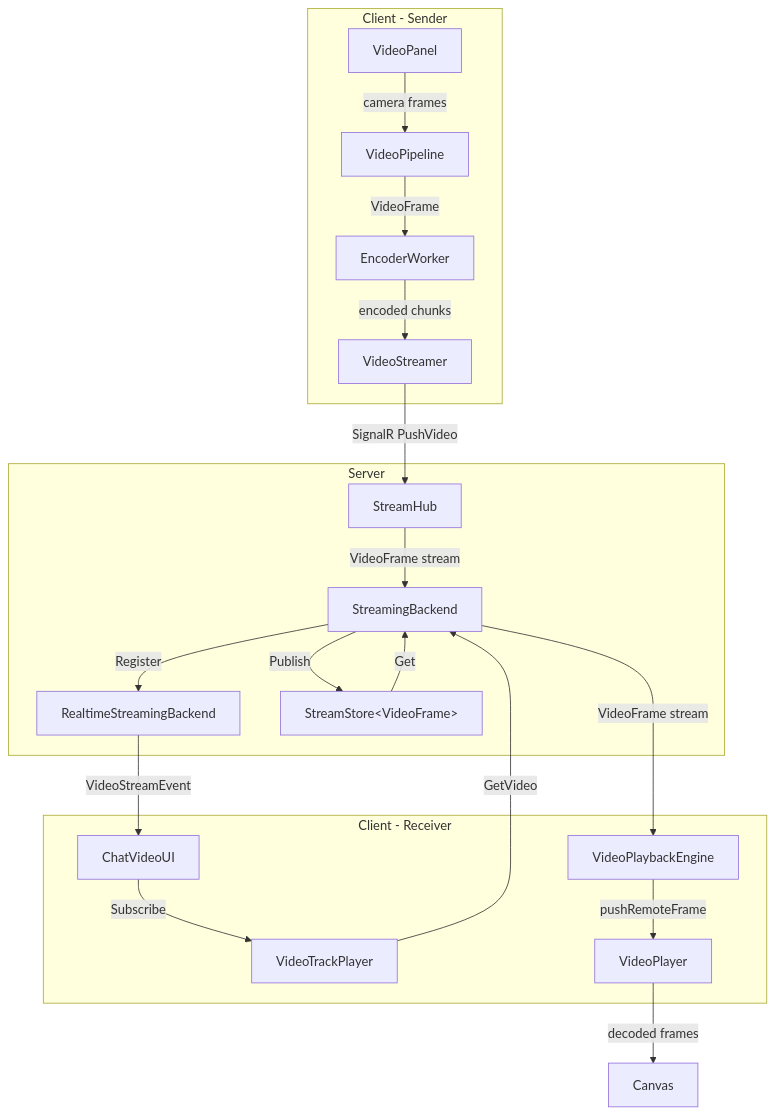
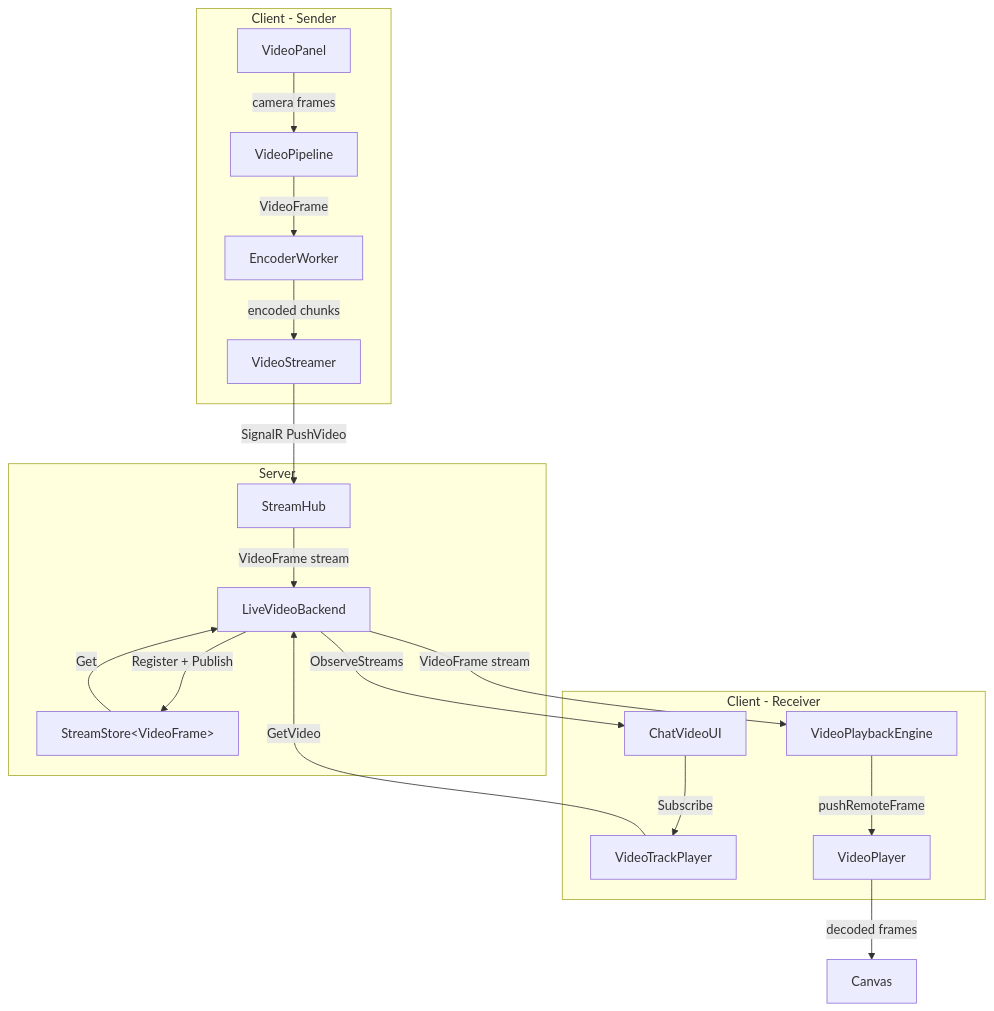
One commit to Actual-Chat/actual-chat changed the first of 2 diagrams in docs/plans/video-streaming-plan.md. Above: the diagram before and after it, drawn with Mermaid. The commit also changed other lines of this file and 27 other files, not shown here.

Commit message:
chore: refactor video streaming backand to match live audio approach

````diff
--- a/docs/plans/video-streaming-plan.md
+++ b/docs/plans/video-streaming-plan.md
@@ -35,38 +33,36 @@
 ```mermaid
 flowchart TB
     subgraph Client_Sender[Client - Sender]
         VP[VideoPanel]
         VR[VideoPipeline]
         EW[EncoderWorker]
         VS[VideoStreamer]
     end
 
     subgraph Server[Server]
         SH[StreamHub]
-        SB[StreamingBackend]
-        RSB[RealtimeStreamingBackend]
+        LVB[LiveVideoBackend]
         VSS[StreamStore&lt;VideoFrame&gt;]
     end
 
     subgraph Client_Receiver[Client - Receiver]
         CVUI[ChatVideoUI]
         VTP[VideoTrackPlayer]
         VPE[VideoPlaybackEngine]
         VPL[VideoPlayer]
     end
 
     VP -->|camera frames| VR
     VR -->|VideoFrame| EW
     EW -->|encoded chunks| VS
     VS -->|SignalR PushVideo| SH
-    SH -->|VideoFrame stream| SB
-    SB -->|Register| RSB
-    SB -->|Publish| VSS
-    RSB -->|VideoStreamEvent| CVUI
+    SH -->|VideoFrame stream| LVB
+    LVB -->|Register + Publish| VSS
+    LVB -->|ObserveStreams| CVUI
     CVUI -->|Subscribe| VTP
-    VTP -->|GetVideo| SB
-    VSS -->|Get| SB
-    SB -->|VideoFrame stream| VPE
+    VTP -->|GetVideo| LVB
+    VSS -->|Get| LVB
+    LVB -->|VideoFrame stream| VPE
     VPE -->|pushRemoteFrame| VPL
     VPL -->|decoded frames| Canvas
 ```
````
